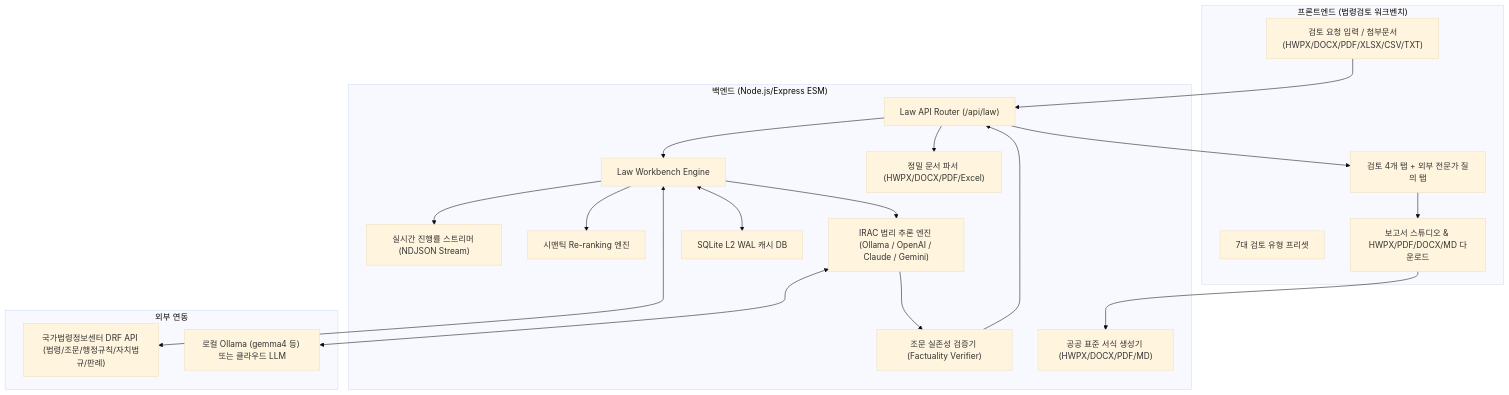
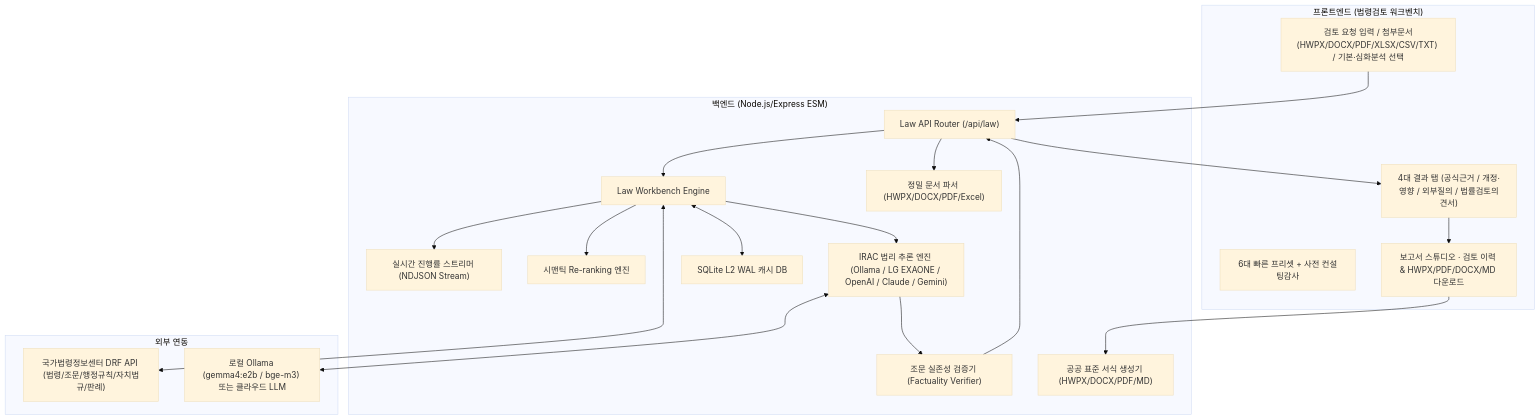
Before and after one commit to Ubermensch216/legal_review: the diagram in docs/current-status.md, drawn with Mermaid (base theme). The commit also changed other lines of this file and 4 other files, not shown here.

````diff
--- a/docs/current-status.md
+++ b/docs/current-status.md
@@ -9,41 +9,41 @@
 ```mermaid
 flowchart TB
     subgraph Client["프론트엔드 (법령검토 워크벤치)"]
-        UI_Input["검토 요청 입력 / 첨부문서(HWPX/DOCX/PDF/XLSX/CSV/TXT)"]
-        UI_Presets["7대 검토 유형 프리셋"]
-        UI_Tabs["검토 4개 탭 + 외부 전문가 질의 탭"]
-        UI_Studio["보고서 스튜디오 & HWPX/PDF/DOCX/MD 다운로드"]
+        UI_Input["검토 요청 입력 / 첨부문서(HWPX/DOCX/PDF/XLSX/CSV/TXT) / 기본·심화분석 선택"]
+        UI_Presets["6대 빠른 프리셋 + 사전 컨설팅감사"]
+        UI_Tabs["4대 결과 탭 (공식근거 / 개정·영향 / 외부질의 / 법률검토의견서)"]
+        UI_Studio["보고서 스튜디오 · 검토 이력 & HWPX/PDF/DOCX/MD 다운로드"]
     end
 
     subgraph Server["백엔드 (Node.js/Express ESM)"]
         API_Router["Law API Router (/api/law)"]
         WB_Builder["Law Workbench Engine"]
         Progress["실시간 진행률 스트리머 (NDJSON Stream)"]
         ReRanker["시맨틱 Re-ranking 엔진"]
         Verifier["조문 실존성 검증기 (Factuality Verifier)"]
-        LLM_Engine["IRAC 법리 추론 엔진 (Ollama / OpenAI / Claude / Gemini)"]
+        LLM_Engine["IRAC 법리 추론 엔진 (Ollama / LG EXAONE / OpenAI / Claude / Gemini)"]
         Doc_Parser["정밀 문서 파서 (HWPX/DOCX/PDF/Excel)"]
         Export_Engine["공공 표준 서식 생성기 (HWPX/DOCX/PDF/MD)"]
         Cache_DB["SQLite L2 WAL 캐시 DB"]
     end
 
     subgraph External["외부 연동"]
         Law_DRF["국가법령정보센터 DRF API (법령/조문/행정규칙/자치법규/판례)"]
-        LLM_Service["로컬 Ollama (gemma4 등) 또는 클라우드 LLM"]
+        LLM_Service["로컬 Ollama (gemma4:e2b / bge-m3) 또는 클라우드 LLM"]
     end
 
     UI_Input --> API_Router
     API_Router --> Doc_Parser
     API_Router --> WB_Builder
     WB_Builder <--> Cache_DB
     WB_Builder <--> Law_DRF
     WB_Builder --> ReRanker
     WB_Builder --> LLM_Engine
     WB_Builder --> Progress
     LLM_Engine <--> LLM_Service
     LLM_Engine --> Verifier
     Verifier --> API_Router
     API_Router --> UI_Tabs
     UI_Tabs --> UI_Studio
     UI_Studio --> Export_Engine
 ```
````
